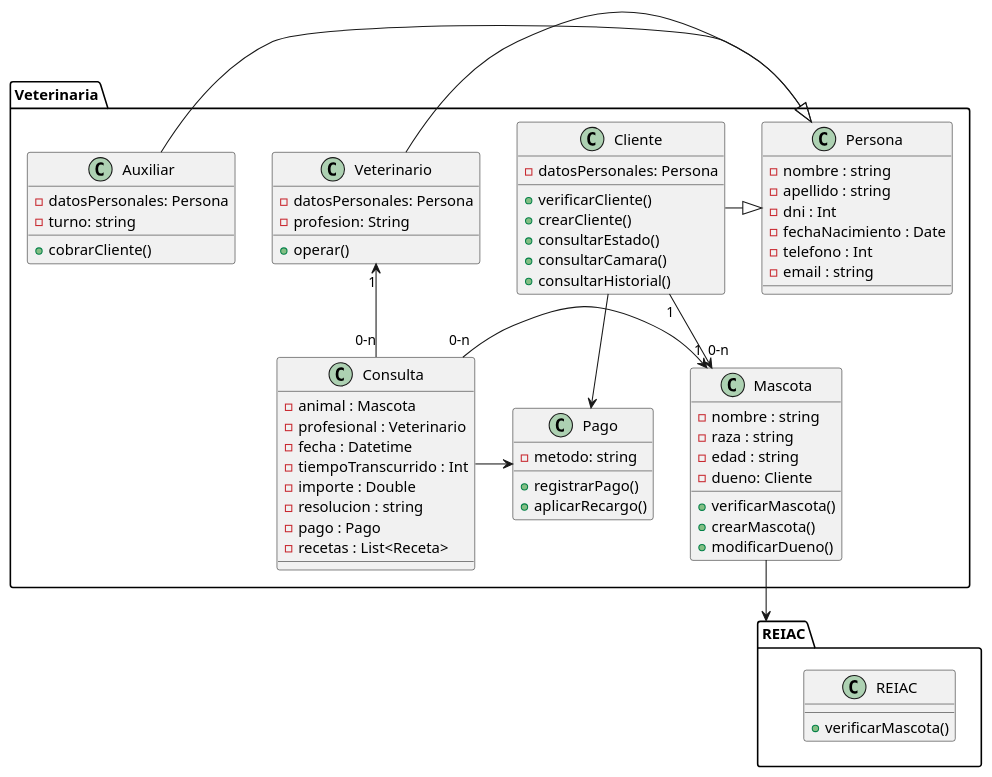
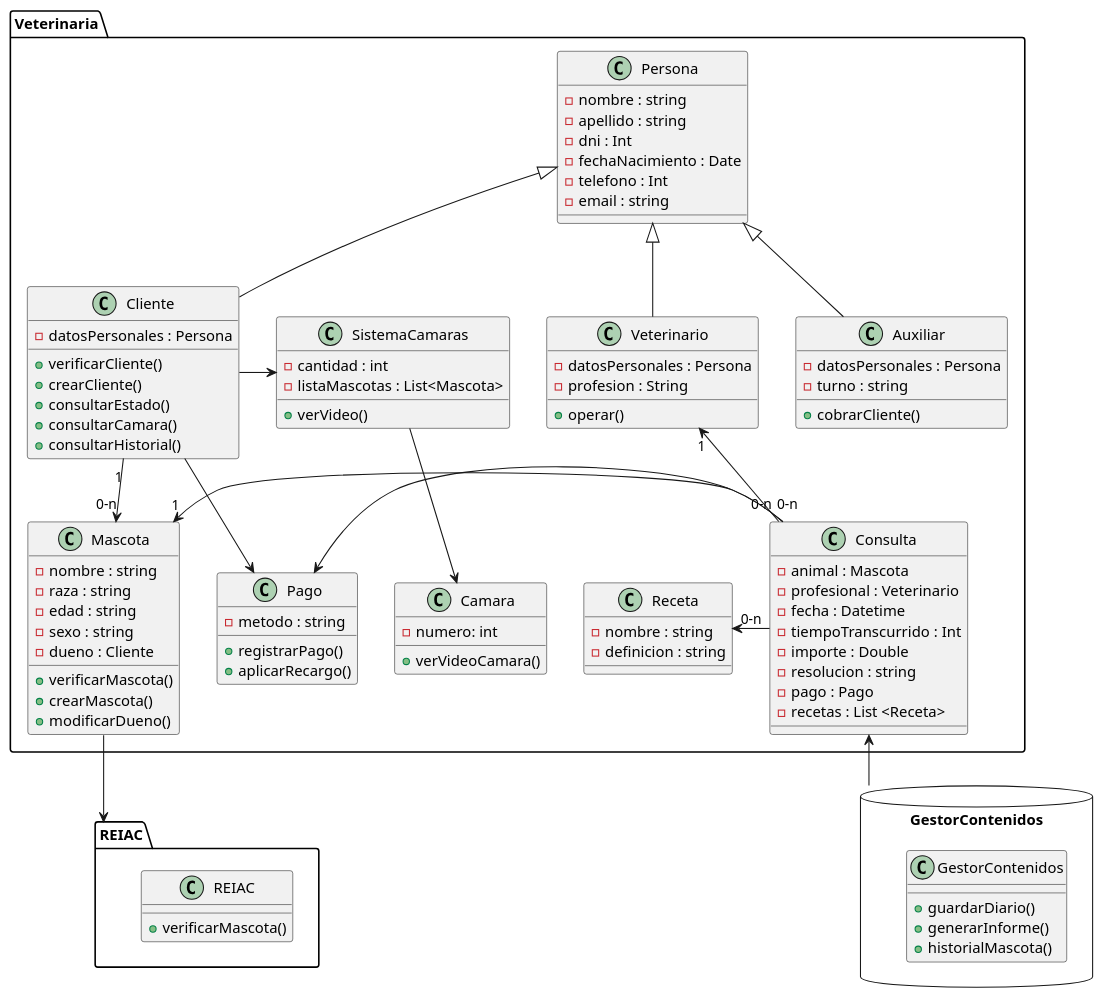
The diagram in Veterinaria/DiagramaUML.puml (TomasAlvarez78/Ing-en-Soft), drawn with PlantUML before and after one commit. The commit also changed 1 other file, not shown here.

Commit message:
Class Diagram updated

```diff
--- a/Veterinaria/DiagramaUML.puml
+++ b/Veterinaria/DiagramaUML.puml
@@ -1,84 +1,120 @@
 @startuml Clinica Veterinaria
 package Veterinaria{
     class Persona{
         - nombre : string
         - apellido : string
         - dni : Int
         - fechaNacimiento : Date
         - telefono : Int
         - email : string
     }
 
     class Cliente{
-        - datosPersonales: Persona
+        - datosPersonales : Persona
         
         + verificarCliente()
         + crearCliente()
         + consultarEstado()
         + consultarCamara()
         + consultarHistorial()
     }
 
     class Veterinario{
-        - datosPersonales: Persona
-        - profesion: String
+        - datosPersonales : Persona
+        - profesion : String
 
         + operar()
     }
  
     class Auxiliar{
-        - datosPersonales: Persona
-        - turno: string
+        - datosPersonales : Persona
+        - turno : string
 
         + cobrarCliente()
     }
 
     class Mascota{
         - nombre : string
         - raza : string
         - edad : string
-        - dueno: Cliente
+        - sexo : string
+        - dueno : Cliente
 
         + verificarMascota()
         + crearMascota()
         + modificarDueno()
     }
 
     class Consulta{
         - animal : Mascota
         - profesional : Veterinario
         - fecha : Datetime
         - tiempoTranscurrido : Int
         - importe : Double
         - resolucion : string
         - pago : Pago
-        - recetas : List<Receta>
+        - recetas : List <Receta>
+    }
+
+    class Receta{
+        - nombre : string
+        - definicion : string
     }
 
     class Pago{
-        - metodo: string
+        - metodo : string
+
         + registrarPago()
         + aplicarRecargo()
     }
 
+    class SistemaCamaras{
+        - cantidad : int
+        - listaMascotas : List<Mascota>
+
+        + verVideo()
+    }
+
+    class Camara{
+        - numero: int
+
+        + verVideoCamara()
+    }
+
+
     ' Herencia
-    Cliente -|> Persona
-    Veterinario -|> Persona
-    Auxiliar -|> Persona
+    Cliente -up-|> Persona
+    Veterinario -up-|> Persona
+    Auxiliar -up-|> Persona
 
     ' Relaciones
     Cliente "1" --> "0-n" Mascota
     Consulta "0-n" -left-> "1" Mascota
     Consulta "0-n" -up-> "1" Veterinario
+    Consulta -left-> "0-n" Receta
     Consulta -right-> Pago
     Cliente -> Pago
+    SistemaCamaras -down-> Camara
+    Cliente -> SistemaCamaras
 }
 
 package REIAC {
     class REIAC{
         + verificarMascota()
     }
 }
 
+package GestorContenidos <<Database>> { 
+    class GestorContenidos{
+        + guardarDiario()
+        + generarInforme()
+        + historialMascota()
+    }
+}
+
 Mascota --> REIAC
+GestorContenidos -up-> Consulta
+' GestorContenidos -up-> Cliente
+' GestorContenidos -up-> Mascota
+
 @enduml
```
